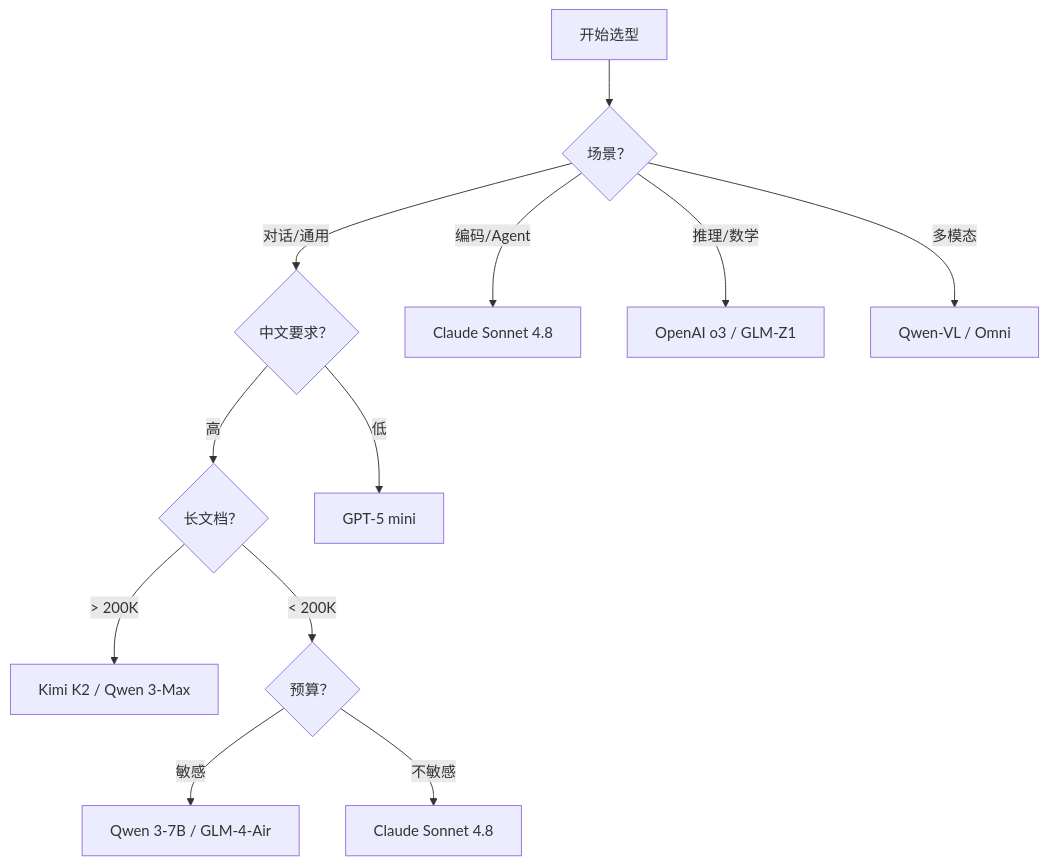
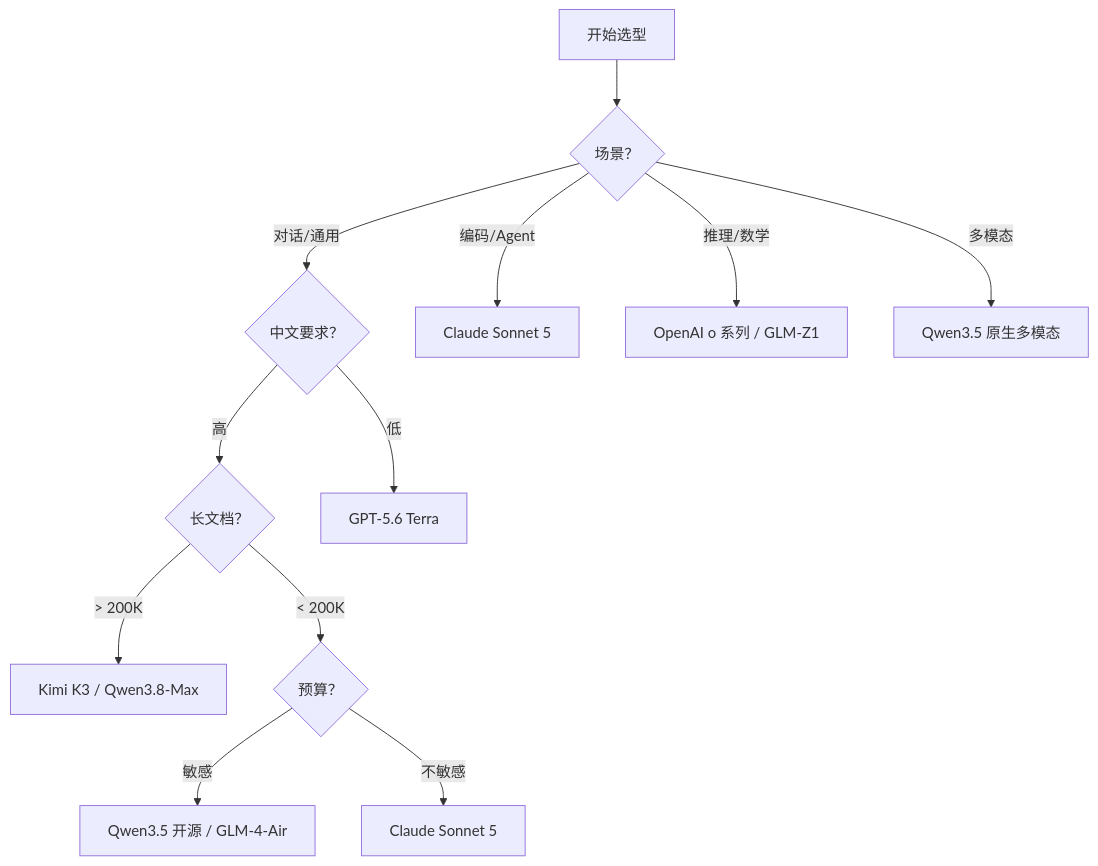
The diagram in llm-landscape/selection-guide.md (dukegod/ai-handbook), drawn with Mermaid before and after one commit. The commit also changed other lines of this file and 8 other files, not shown here.

````diff
--- a/llm-landscape/selection-guide.md
+++ b/llm-landscape/selection-guide.md
@@ -21,17 +21,17 @@
 ```mermaid
 flowchart TD
     A[开始选型] --> B{场景？}
     B -->|对话/通用| C{中文要求？}
-    B -->|编码/Agent| D[Claude Sonnet 4.8]
-    B -->|推理/数学| E[OpenAI o3 / GLM-Z1]
-    B -->|多模态| F[Qwen-VL / Omni]
+    B -->|编码/Agent| D[Claude Sonnet 5]
+    B -->|推理/数学| E[OpenAI o 系列 / GLM-Z1]
+    B -->|多模态| F[Qwen3.5 原生多模态]
     
     C -->|高| G{长文档？}
-    C -->|低| H[GPT-5 mini]
+    C -->|低| H[GPT-5.6 Terra]
     
-    G -->|> 200K| I[Kimi K2 / Qwen 3-Max]
+    G -->|> 200K| I[Kimi K3 / Qwen3.8-Max]
     G -->|< 200K| J{预算？}
     
-    J -->|敏感| K[Qwen 3-7B / GLM-4-Air]
-    J -->|不敏感| L[Claude Sonnet 4.8]
+    J -->|敏感| K[Qwen3.5 开源 / GLM-4-Air]
+    J -->|不敏感| L[Claude Sonnet 5]
 ```
````
